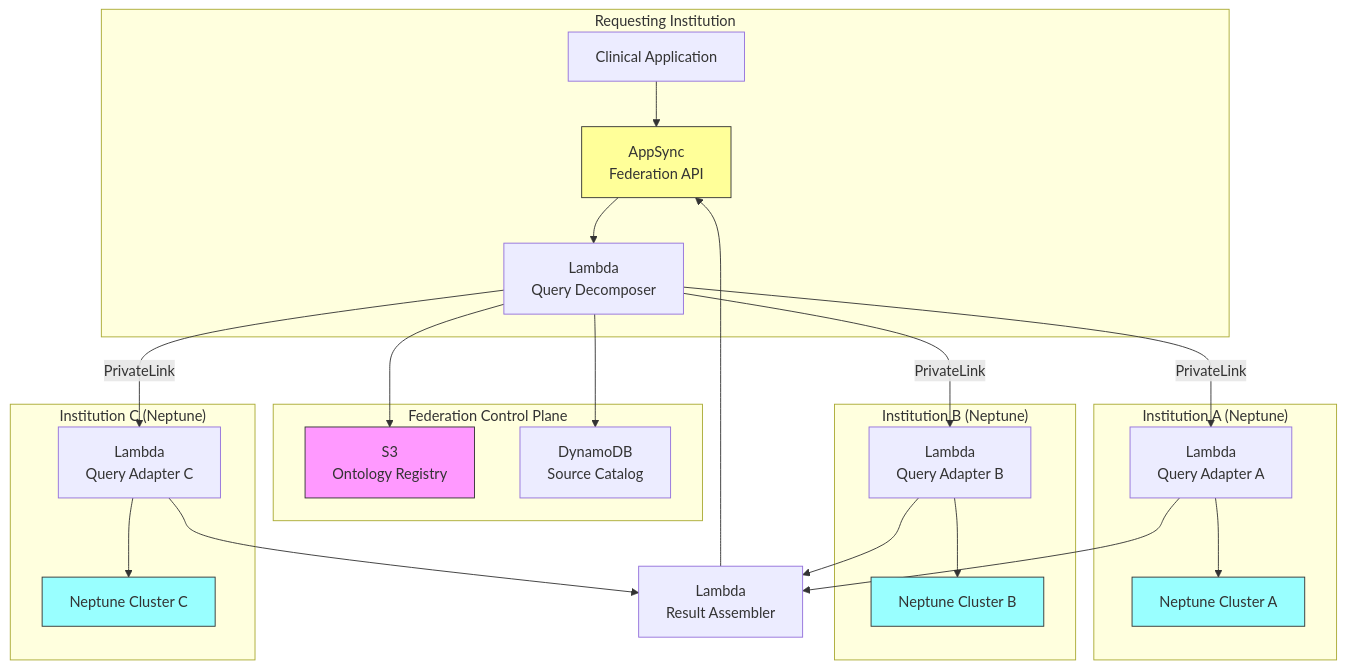
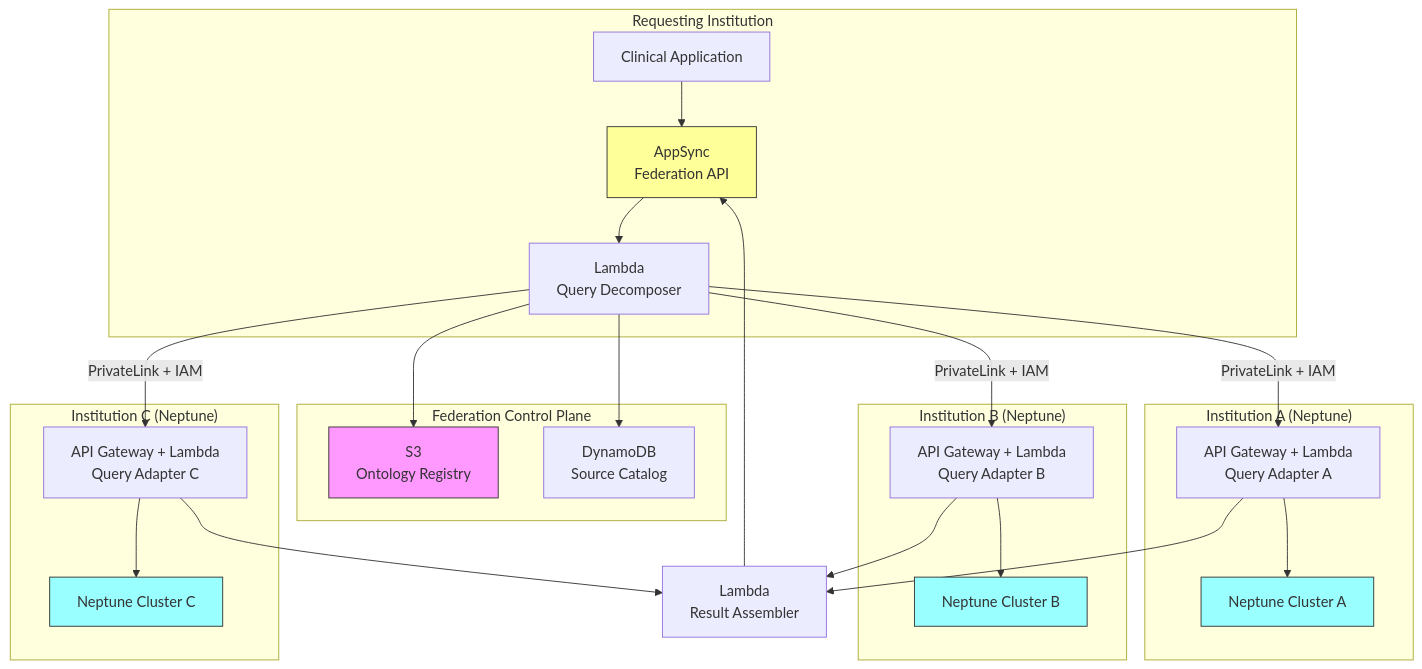
One commit to ccrngd1/HCLS-ai-book changed the diagram in chapter13.10-federated-clinical-knowledge-network.md. Above: the diagram before and after it, drawn with Mermaid. The commit also changed other lines of this file and 5 other files, not shown here.

````diff
--- a/chapter13.10-federated-clinical-knowledge-network.md
+++ b/chapter13.10-federated-clinical-knowledge-network.md
@@ -111,47 +113,47 @@
 ```mermaid
 flowchart TB
     subgraph "Requesting Institution"
         A[Clinical Application] --> B[AppSync\nFederation API]
         B --> C[Lambda\nQuery Decomposer]
     end
 
     subgraph "Federation Control Plane"
         D[S3\nOntology Registry]
         E[DynamoDB\nSource Catalog]
         C --> D
         C --> E
     end
 
     subgraph "Institution A (Neptune)"
-        F[Lambda\nQuery Adapter A]
+        F[API Gateway + Lambda\nQuery Adapter A]
         G[Neptune Cluster A]
         F --> G
     end
 
     subgraph "Institution B (Neptune)"
-        H[Lambda\nQuery Adapter B]
+        H[API Gateway + Lambda\nQuery Adapter B]
         I[Neptune Cluster B]
         H --> I
     end
 
     subgraph "Institution C (Neptune)"
-        J[Lambda\nQuery Adapter C]
+        J[API Gateway + Lambda\nQuery Adapter C]
         K[Neptune Cluster C]
         J --> K
     end
 
-    C -->|PrivateLink| F
-    C -->|PrivateLink| H
-    C -->|PrivateLink| J
+    C -->|PrivateLink + IAM| F
+    C -->|PrivateLink + IAM| H
+    C -->|PrivateLink + IAM| J
 
     F --> L[Lambda\nResult Assembler]
     H --> L
     J --> L
     L --> B
 
     style B fill:#ff9,stroke:#333
     style G fill:#9ff,stroke:#333
     style I fill:#9ff,stroke:#333
     style K fill:#9ff,stroke:#333
     style D fill:#f9f,stroke:#333
 ```
````
